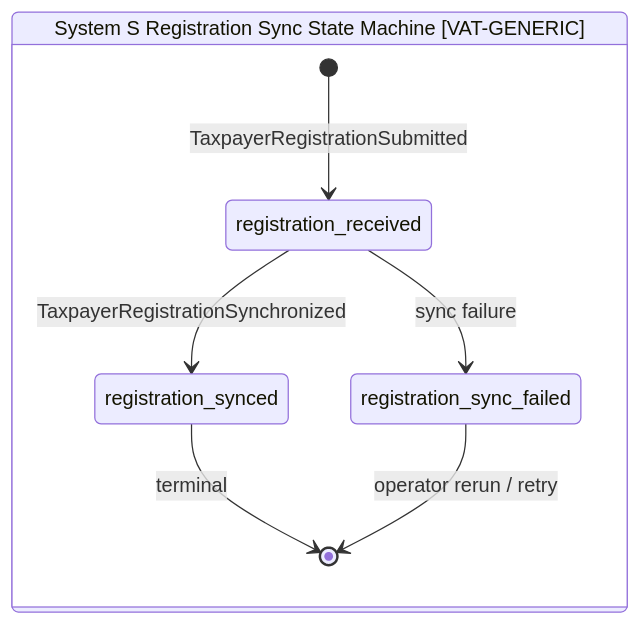
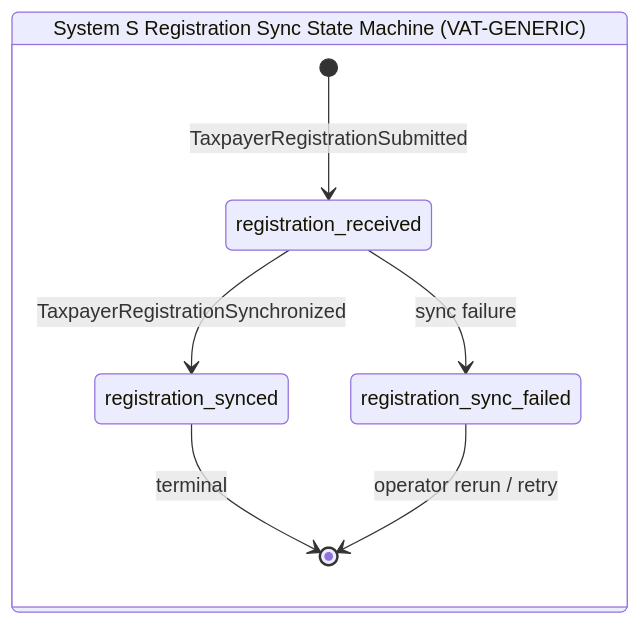
One commit to nc-tbi/VATRI-Codex changed diagram 14 of 14 in design/01-vat-filing-assessment-solution-design.md. Above: the diagram before and after it, drawn with Mermaid. The commit also changed other lines of this file and 14 other files, not shown here.

Commit message:
Harden Mermaid and rebuild formal drawio architecture diagrams

````diff
--- a/design/01-vat-filing-assessment-solution-design.md
+++ b/design/01-vat-filing-assessment-solution-design.md
@@ -541,10 +547,10 @@
 ```mermaid
 stateDiagram-v2
-    state "System S Registration Sync State Machine [VAT-GENERIC]" as ESM {
+    state "System S Registration Sync State Machine (VAT-GENERIC)" as ESM {
         [*] --> registration_received : TaxpayerRegistrationSubmitted
         registration_received --> registration_synced : TaxpayerRegistrationSynchronized
         registration_received --> registration_sync_failed : sync failure
         registration_synced --> [*] : terminal
         registration_sync_failed --> [*] : operator rerun / retry
     }
 ```
````
